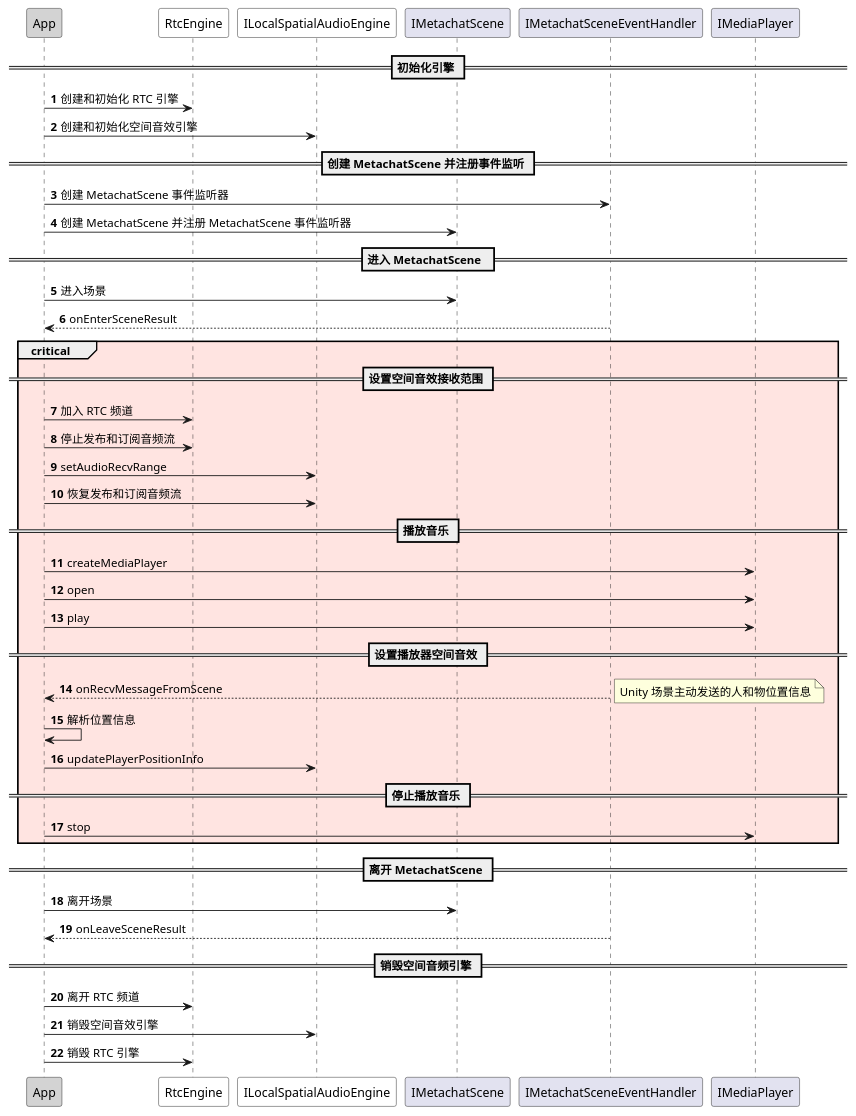
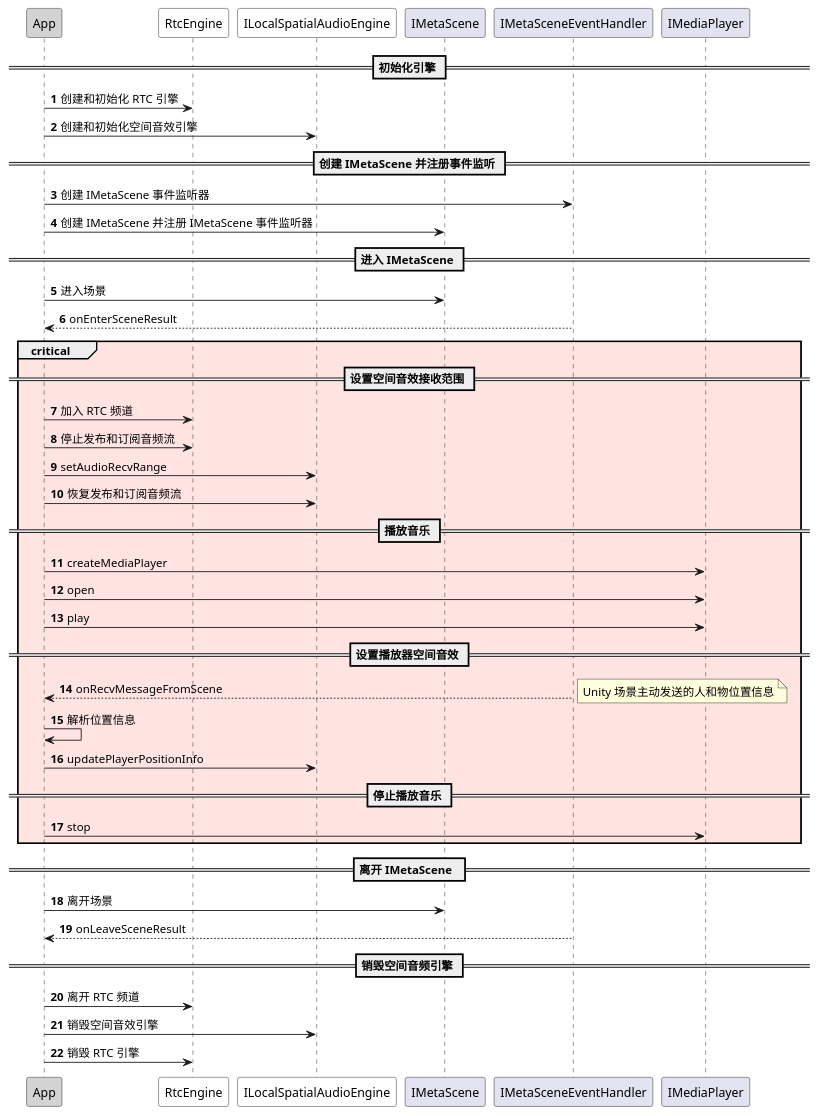
The diagram in markdown/metachat/image/ Android/音乐空间音效 Android.wsd (AgoraIO/agora_doc_source), drawn with PlantUML before and after one commit. The commit also changed 15 other files, not shown here.

```diff
--- a/markdown/metachat/image/ Android/音乐空间音效 Android.wsd
+++ b/markdown/metachat/image/ Android/音乐空间音效 Android.wsd
@@ -1,45 +1,45 @@
 @startuml
 autonumber
 participant "App" as a #LightGrey
 participant "RtcEngine" as c #White
 participant "ILocalSpatialAudioEngine" as d #White
-participant "IMetachatScene" as e
-participant "IMetachatSceneEventHandler" as b
+participant "IMetaScene" as e
+participant "IMetaSceneEventHandler" as b
 participant "IMediaPlayer" as f
 == 初始化引擎 ==
 a -> c: 创建和初始化 RTC 引擎
 a -> d: 创建和初始化空间音效引擎
-== 创建 MetachatScene 并注册事件监听 ==
-a -> b: 创建 MetachatScene 事件监听器
-a -> e: 创建 MetachatScene 并注册 MetachatScene 事件监听器
-== 进入 MetachatScene  ==
+== 创建 IMetaScene 并注册事件监听 ==
+a -> b: 创建 IMetaScene 事件监听器
+a -> e: 创建 IMetaScene 并注册 IMetaScene 事件监听器
+== 进入 IMetaScene ==
 a -> e: 进入场景
 b --> a: onEnterSceneResult
 critical #mistyrose
 == 设置空间音效接收范围 ==
 a -> c: 加入 RTC 频道
 a -> c: 停止发布和订阅音频流
 a -> d: setAudioRecvRange
 a -> d: 恢复发布和订阅音频流
 == 播放音乐 ==
 a -> f: createMediaPlayer
 a -> f: open
 a -> f: play
 == 设置播放器空间音效 ==
 b --> a: onRecvMessageFromScene
 note right
 Unity 场景主动发送的人和物位置信息
 end note
 a -> a: 解析位置信息
 a -> d: updatePlayerPositionInfo
 == 停止播放音乐 ==
 a -> f: stop
 end
-== 离开 MetachatScene ==
+== 离开 IMetaScene  ==
 a -> e: 离开场景
 b --> a: onLeaveSceneResult
 == 销毁空间音频引擎 ==
 a -> c: 离开 RTC 频道
 a -> d: 销毁空间音效引擎
 a -> c: 销毁 RTC 引擎
 @enduml
```
